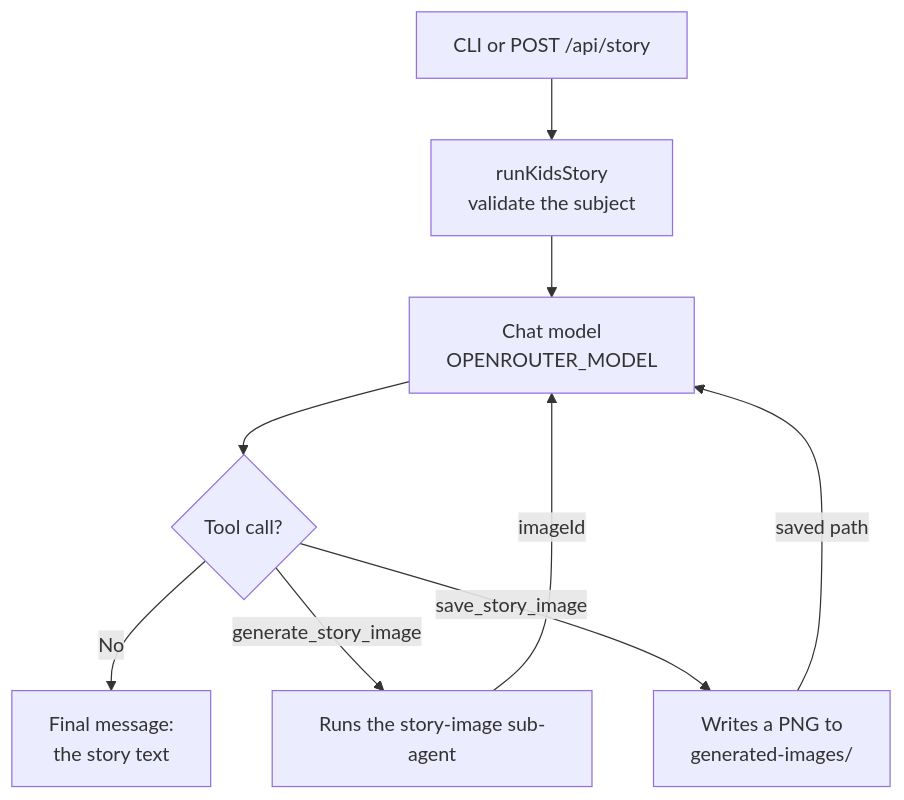
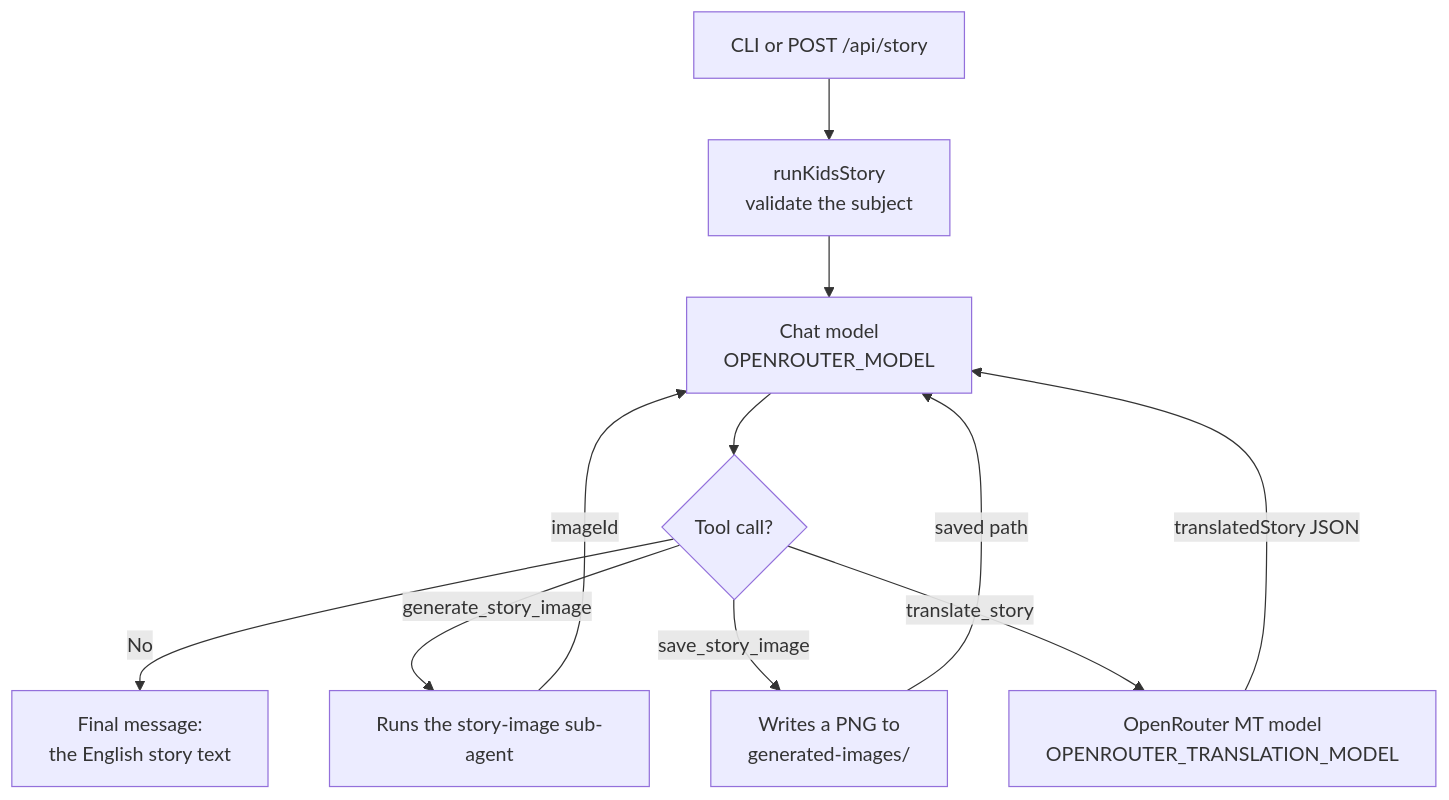
One commit to galamo/45600_3_AI changed the first of 3 diagrams in lab_2_1/readme.md. Above: the diagram before and after it, drawn with Mermaid. The commit also changed other lines of this file and 69 other files, not shown here.

````diff
--- a/lab_2_1/readme.md
+++ b/lab_2_1/readme.md
@@ -138,11 +148,13 @@
 ```mermaid
 flowchart TD
     Input["CLI or POST /api/story"] --> Run["runKidsStory<br/>validate the subject"]
     Run --> Model["Chat model<br/>OPENROUTER_MODEL"]
     Model --> Decide{"Tool call?"}
-    Decide -- "No" --> Story["Final message:<br/>the story text"]
+    Decide -- "No" --> Story["Final message:<br/>the English story text"]
     Decide -- "generate_story_image" --> Generate["Runs the story-image sub-agent"]
     Decide -- "save_story_image" --> Save["Writes a PNG to<br/>generated-images/"]
+    Decide -- "translate_story" --> Translate["OpenRouter MT model<br/>OPENROUTER_TRANSLATION_MODEL"]
     Generate -- "imageId" --> Model
     Save -- "saved path" --> Model
+    Translate -- "translatedStory JSON" --> Model
 ```
````
